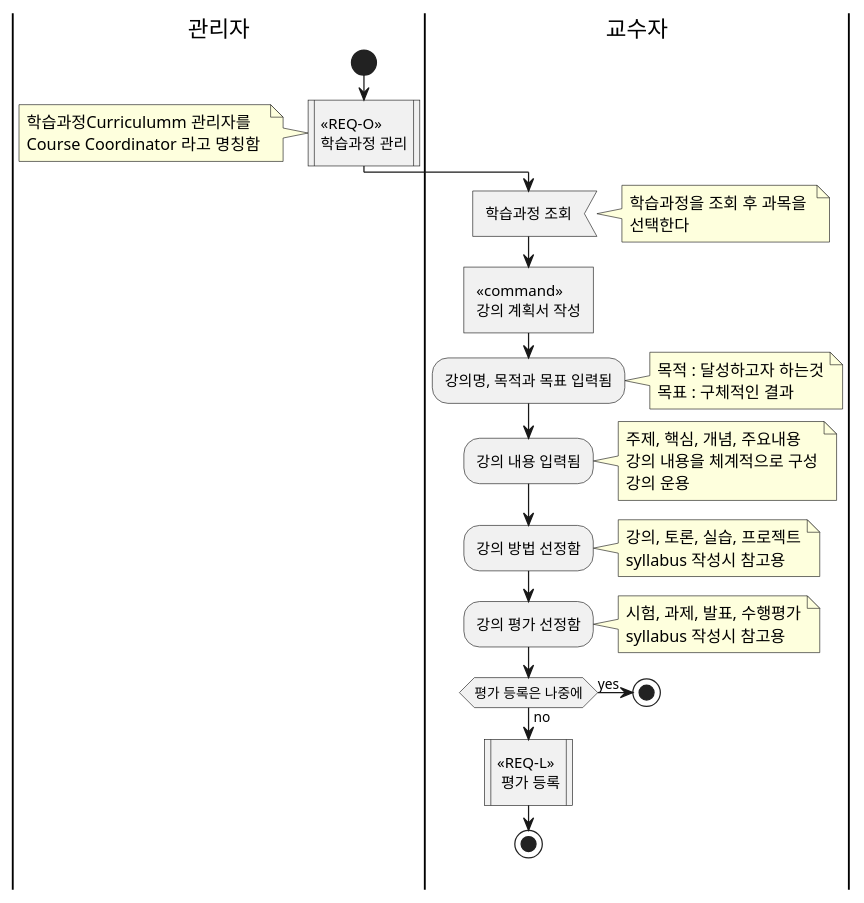
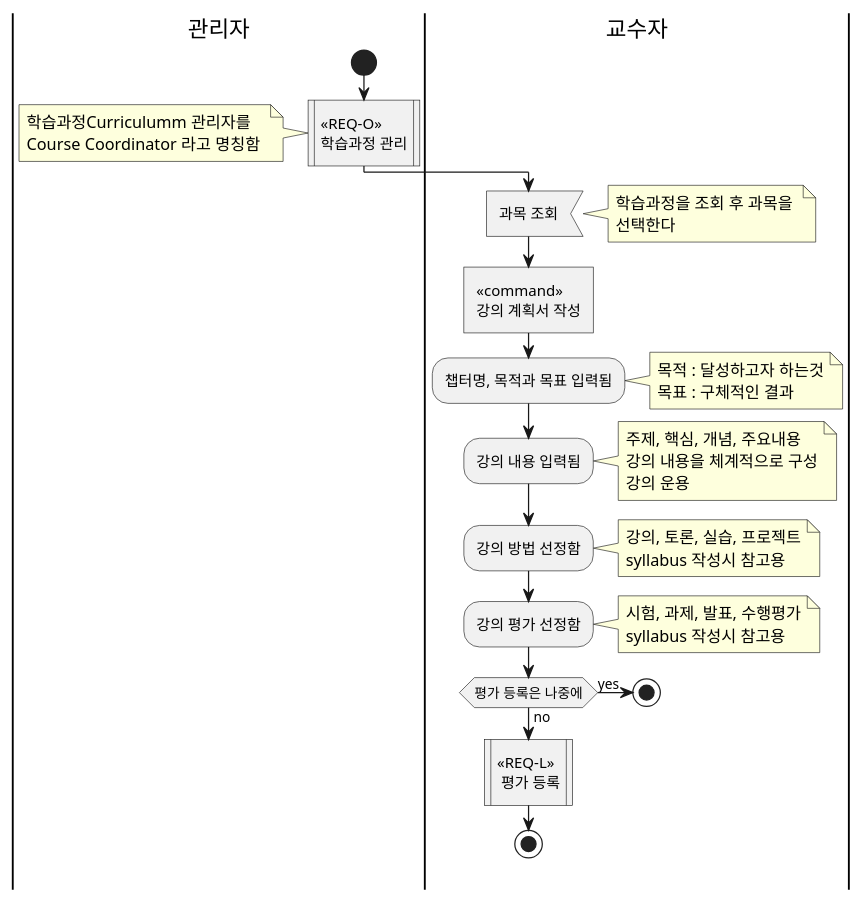
One commit to ohhoonim/lms changed the first of 2 diagrams in src/main/java/dev/ohhoonim/lms/domain/learningCourses/design/process.md. Above: the diagram before and after it, drawn with PlantUML. The commit also changed other lines of this file and 10 other files, not shown here.

````diff
--- a/src/main/java/dev/ohhoonim/lms/domain/learningCourses/design/process.md
+++ b/src/main/java/dev/ohhoonim/lms/domain/learningCourses/design/process.md
@@ -7,46 +7,46 @@
 ```plantuml
 @startuml
 
 |관리자|
 start
 :<<REQ-O>>\n학습과정 관리|
 note 
     학습과정Curriculumm 관리자를
     Course Coordinator 라고 명칭함 
 end note
 |교수자|
-:학습과정 조회<
+:과목 조회<
 note right 
     학습과정을 조회 후 과목을 
     선택한다
 end note
 :<<command>>\n강의 계획서 작성]
-:강의명, 목적과 목표 입력됨;
+:챕터명, 목적과 목표 입력됨;
 note right
     목적 : 달성하고자 하는것
     목표 : 구체적인 결과
 end note
 :강의 내용 입력됨;
 note right
     주제, 핵심, 개념, 주요내용
     강의 내용을 체계적으로 구성
     강의 운용 
 end note
 :강의 방법 선정함;
 note right
     강의, 토론, 실습, 프로젝트
     syllabus 작성시 참고용 
 end note
 :강의 평가 선정함;
 note right
     시험, 과제, 발표, 수행평가
     syllabus 작성시 참고용
 end note
 if (평가 등록은 나중에) then (yes)
 stop
 else (no)
 :<<REQ-L>>\n 평가 등록|
 
 stop
 @enduml
 ```
````
